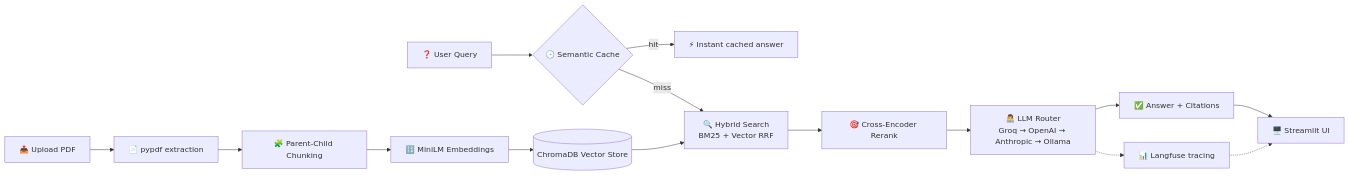
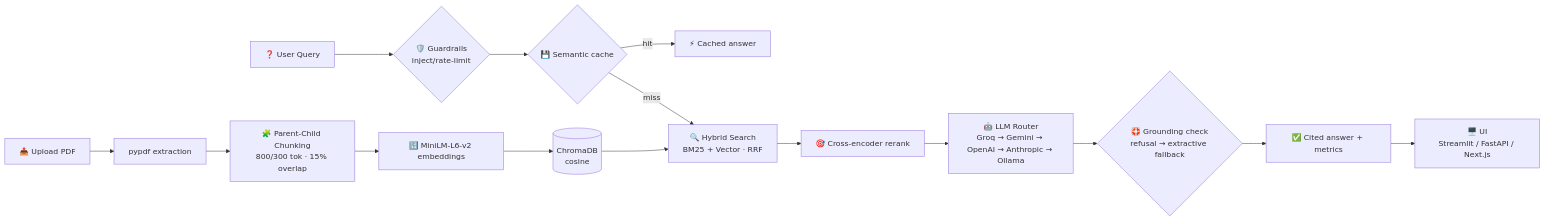
Before and after one commit to Rythamo8055/docuqa-rag: the first of 2 diagrams in README.md, drawn with Mermaid. The commit also changed other lines of this file and 52 other files, not shown here.

First line of the commit message:
feat: extractive fallback, eval/stress harness, and guardrails

````diff
--- a/README.md
+++ b/README.md
@@ -15,17 +18,17 @@
 ```mermaid
 flowchart LR
-    A[📤 Upload PDF] --> B[📄 pypdf extraction]
-    B --> C[🧩 Parent-Child Chunking]
-    C --> D[🔢 MiniLM Embeddings]
-    D --> E[(ChromaDB Vector Store)]
-    F[❓ User Query] --> G{🕒 Semantic Cache}
-    G -- hit --> H[⚡ Instant cached answer]
-    G -- miss --> I[🔍 Hybrid Search<br>BM25 + Vector RRF]
-    I --> J[🎯 Cross-Encoder Rerank]
-    J --> K[👨‍💻 LLM Router<br>Groq → OpenAI → Anthropic → Ollama]
-    K --> L[✅ Answer + Citations]
-    L --> M[🖥️ Streamlit UI]
-    E --> I
-    K -.-> N[📊 Langfuse tracing]
-    N -.-> M
+    U[📤 Upload PDF] --> P[pypdf extraction]
+    P --> C[🧩 Parent-Child Chunking<br>800/300 tok · 15% overlap]
+    C --> E[🔢 MiniLM-L6-v2 embeddings]
+    E --> V[(ChromaDB<br>cosine)]
+    Q[❓ User Query] --> G{🛡️ Guardrails<br>inject/rate-limit}
+    G --> S{💾 Semantic cache}
+    S -- hit --> A[⚡ Cached answer]
+    S -- miss --> R[🔍 Hybrid Search<br>BM25 + Vector · RRF]
+    V --> R
+    R --> K[🎯 Cross-encoder rerank]
+    K --> L[🤖 LLM Router<br>Groq → Gemini → OpenAI → Anthropic → Ollama]
+    L --> L2{🛟 Grounding check<br>refusal → extractive fallback}
+    L2 --> O[✅ Cited answer + metrics]
+    O --> F[🖥️ UI<br>Streamlit / FastAPI / Next.js]
 ```
````
